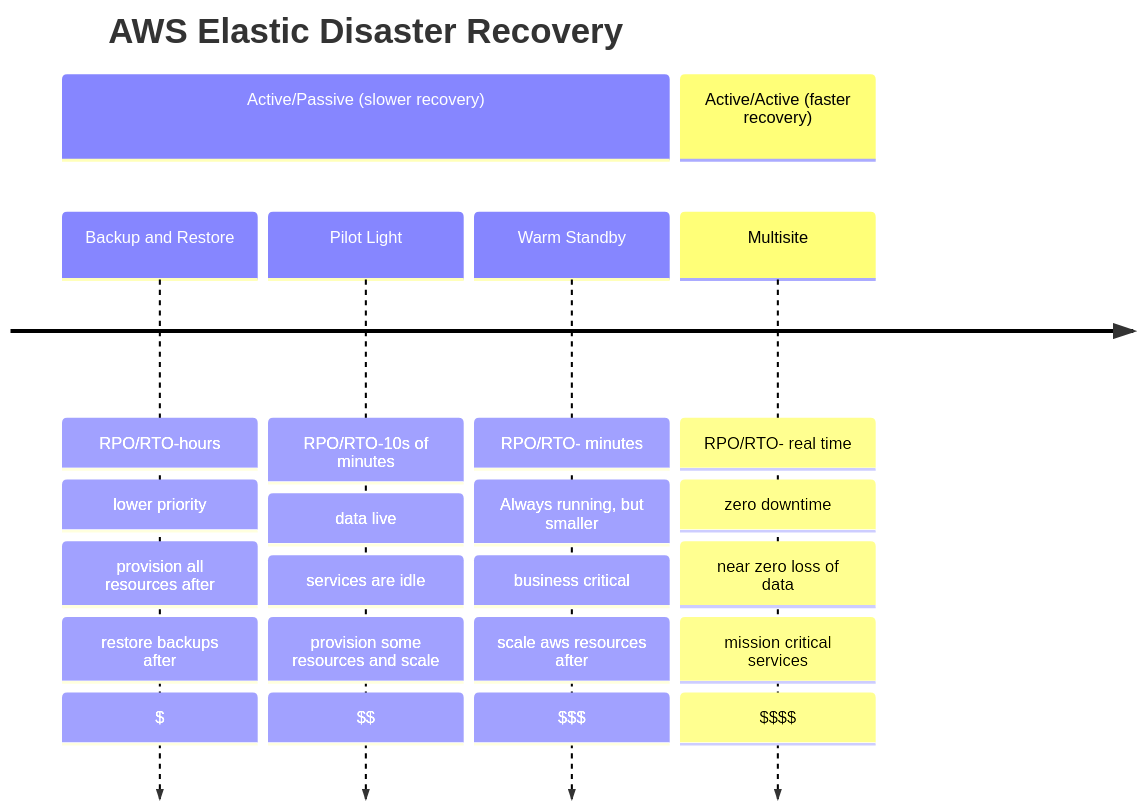
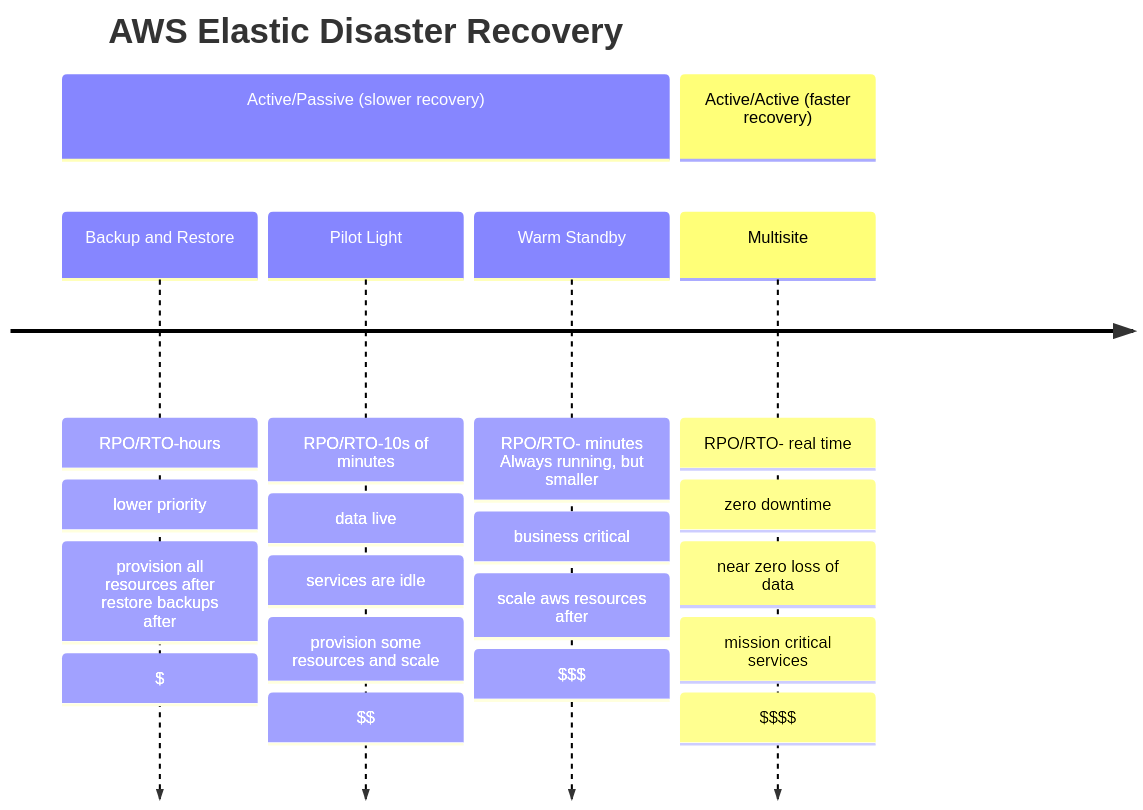
One commit to LongBu/AWS-SAP-C02-Study-Guide changed the fourth of 6 diagrams in README.md. Above: the diagram before and after it, drawn with Mermaid. The commit also changed other lines of this file, not shown here.

````diff
--- a/README.md
+++ b/README.md
@@ -1920,14 +1920,14 @@
 ```mermaid
 timeline
         title AWS Elastic Disaster Recovery
         section Active/Passive (slower recovery)
-          Backup and Restore : RPO/RTO-hours : lower priority
-               : provision all resources after : restore backups after : $
-          Pilot Light : RPO/RTO-10s of minutes : data live
+          Backup and Restore: RPO/RTO-hours: lower priority
+               : provision all resources after restore backups after : $
+          Pilot Light: RPO/RTO-10s of minutes : data live
                : services are idle : provision some resources and scale : $$
-          Warm Standby : RPO/RTO- minutes : Always running, but smaller
+          Warm Standby: RPO/RTO- minutes  Always running, but smaller
                : business critical : scale aws resources after  : $$$
         section Active/Active (faster recovery)
           Multisite : RPO/RTO- real time : zero downtime
                : near zero loss of data : mission critical services  : $$$$
 ```
````
